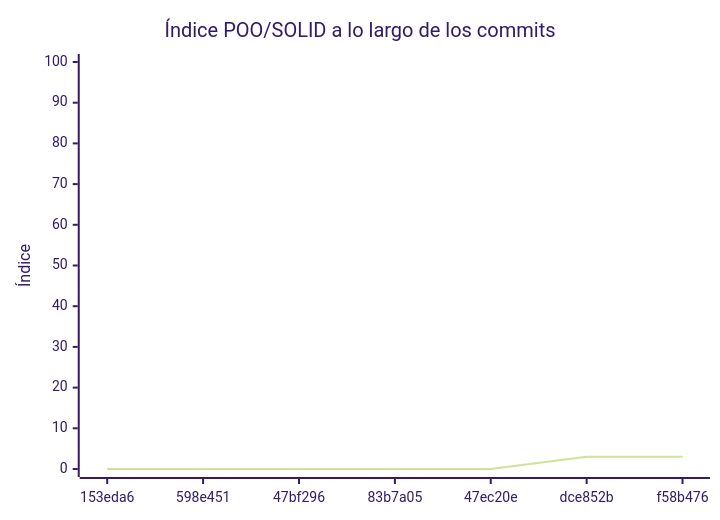
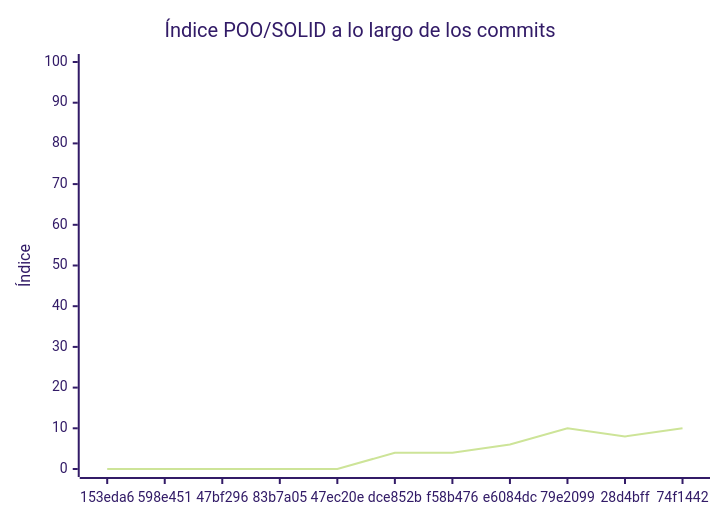
Before and after one commit to equipo-xxx/Proyecto-XXX: the diagram in docs/EVALUACION.md, drawn with Mermaid (forest theme). The commit also changed other lines of this file and 1 other file, not shown here.

````diff
--- a/docs/EVALUACION.md
+++ b/docs/EVALUACION.md
@@ -233,7 +238,7 @@
 ```mermaid
 xychart-beta
     title "Índice POO/SOLID a lo largo de los commits"
-    x-axis ["153eda6", "598e451", "47bf296", "83b7a05", "47ec20e", "dce852b", "f58b476"]
+    x-axis ["153eda6", "598e451", "47bf296", "83b7a05", "47ec20e", "dce852b", "f58b476", "e6084dc", "79e2099", "28d4bff", "74f1442"]
     y-axis "Índice" 0 --> 100
-    line [0, 0, 0, 0, 0, 3, 3]
+    line [0, 0, 0, 0, 0, 4, 4, 6, 10, 8, 10]
 ```
````
